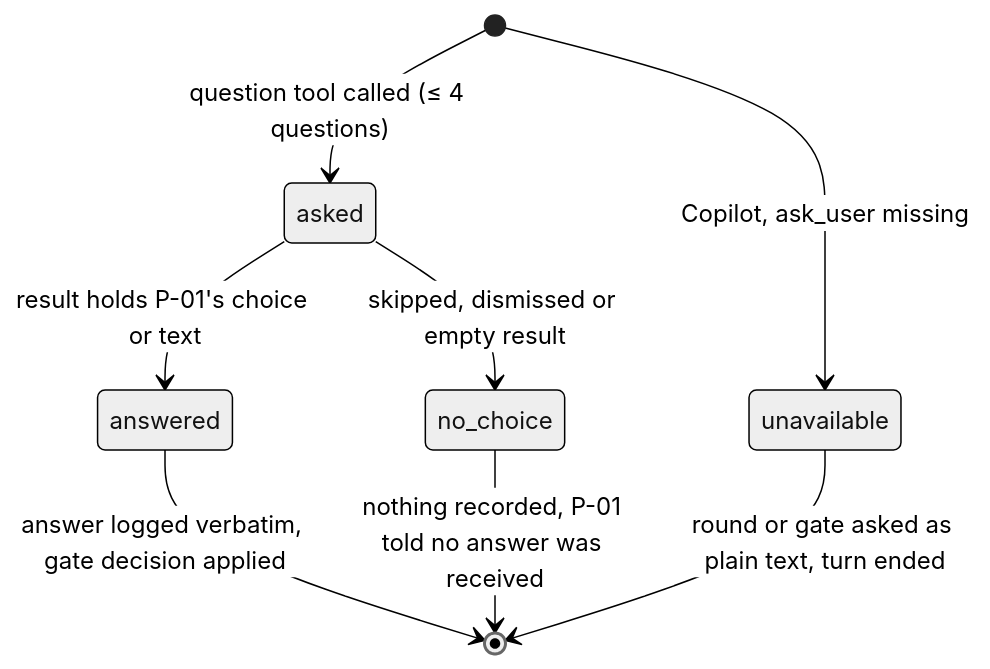
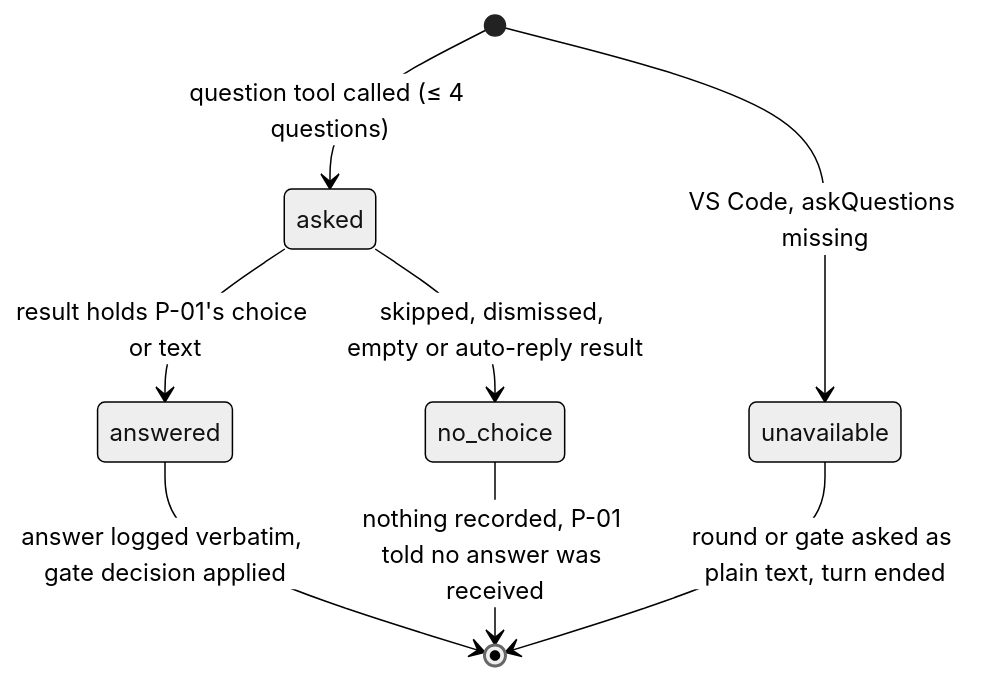
One commit to jlacube/spec-architect changed the sixth of 6 diagrams in .sdd/002-multi-platform-targets/10-spec/40-domain/state-machines.md. Above: the diagram before and after it, drawn with Mermaid (neutral theme). The commit also changed other lines of this file and 55 other files, not shown here.

````diff
--- a/.sdd/002-multi-platform-targets/10-spec/40-domain/state-machines.md
+++ b/.sdd/002-multi-platform-targets/10-spec/40-domain/state-machines.md
@@ -153,10 +159,10 @@
 ```mermaid
 stateDiagram-v2
   [*] --> asked : question tool called (≤ 4 questions)
-  [*] --> unavailable : Copilot, ask_user missing
+  [*] --> unavailable : VS Code, askQuestions missing
   asked --> answered : result holds P-01's choice or text
-  asked --> no_choice : skipped, dismissed or empty result
+  asked --> no_choice : skipped, dismissed, empty or auto-reply result
   answered --> [*] : answer logged verbatim, gate decision applied
   no_choice --> [*] : nothing recorded, P-01 told no answer was received
   unavailable --> [*] : round or gate asked as plain text, turn ended
 ```
````
